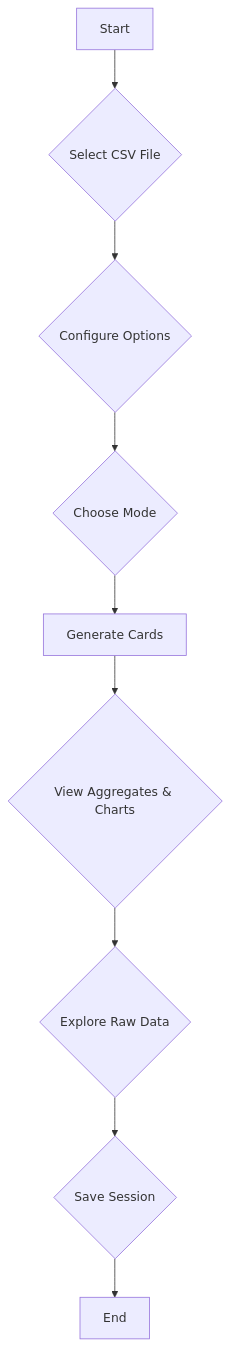
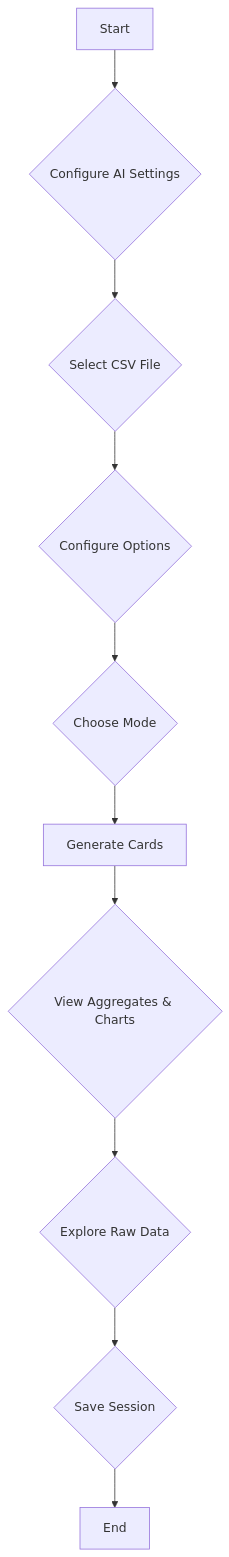
One commit to yapweijun1996/AI-CSV-Chart changed the diagram in README.md. Above: the diagram before and after it, drawn with Mermaid. The commit also changed other lines of this file, not shown here.

````diff
--- a/README.md
+++ b/README.md
@@ -49,11 +52,12 @@
 ```mermaid
 graph TD
-    A[Start] --> B{Select CSV File};
-    B --> C{Configure Options};
-    C --> D{Choose Mode};
-    D --> E[Generate Cards];
-    E --> F{View Aggregates & Charts};
-    F --> G{Explore Raw Data};
-    G --> H{Save Session};
-    H --> I[End];
+    A[Start] --> B{Configure AI Settings};
+    B --> C{Select CSV File};
+    C --> D{Configure Options};
+    D --> E{Choose Mode};
+    E --> F[Generate Cards];
+    F --> G{View Aggregates & Charts};
+    G --> H{Explore Raw Data};
+    H --> I{Save Session};
+    I --> J[End];
 ```
````
